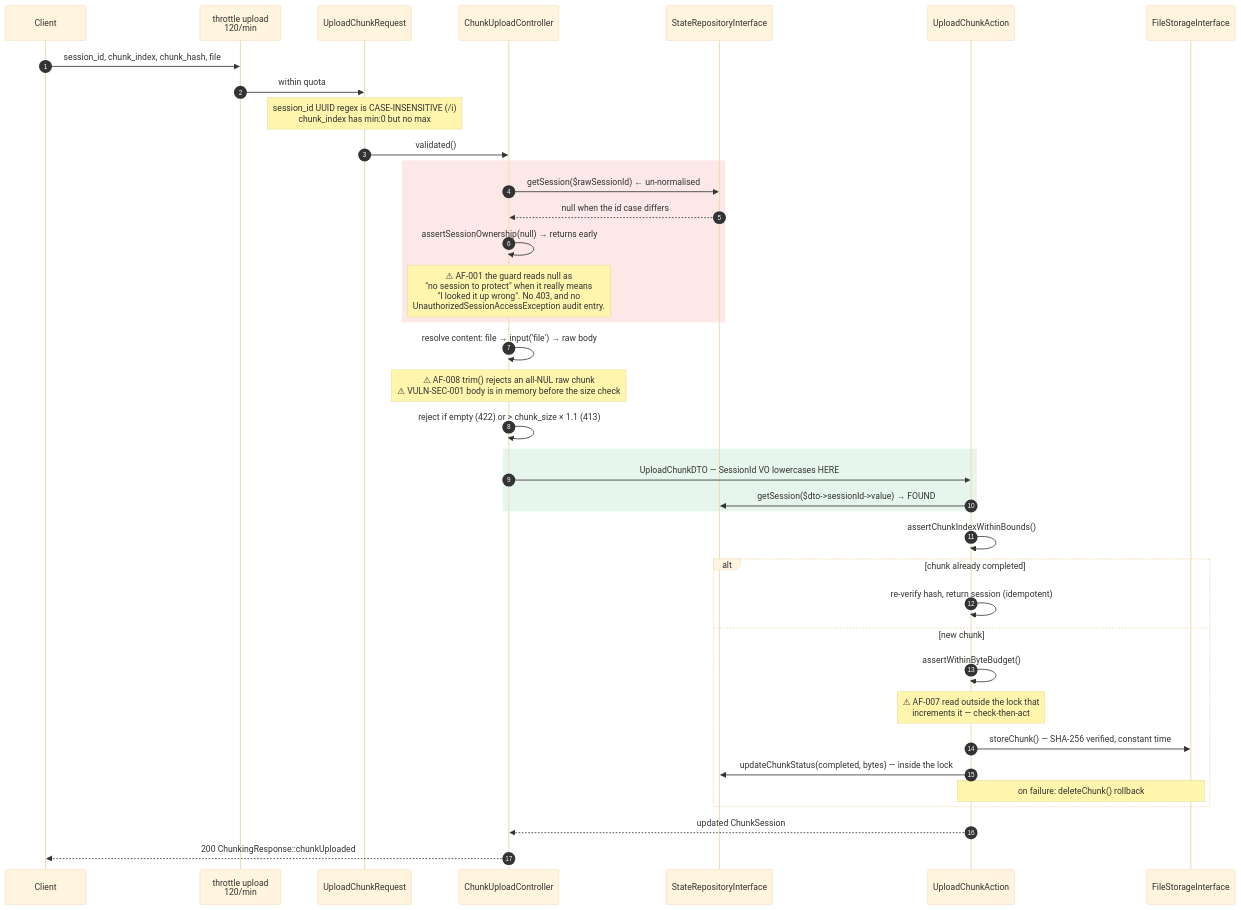
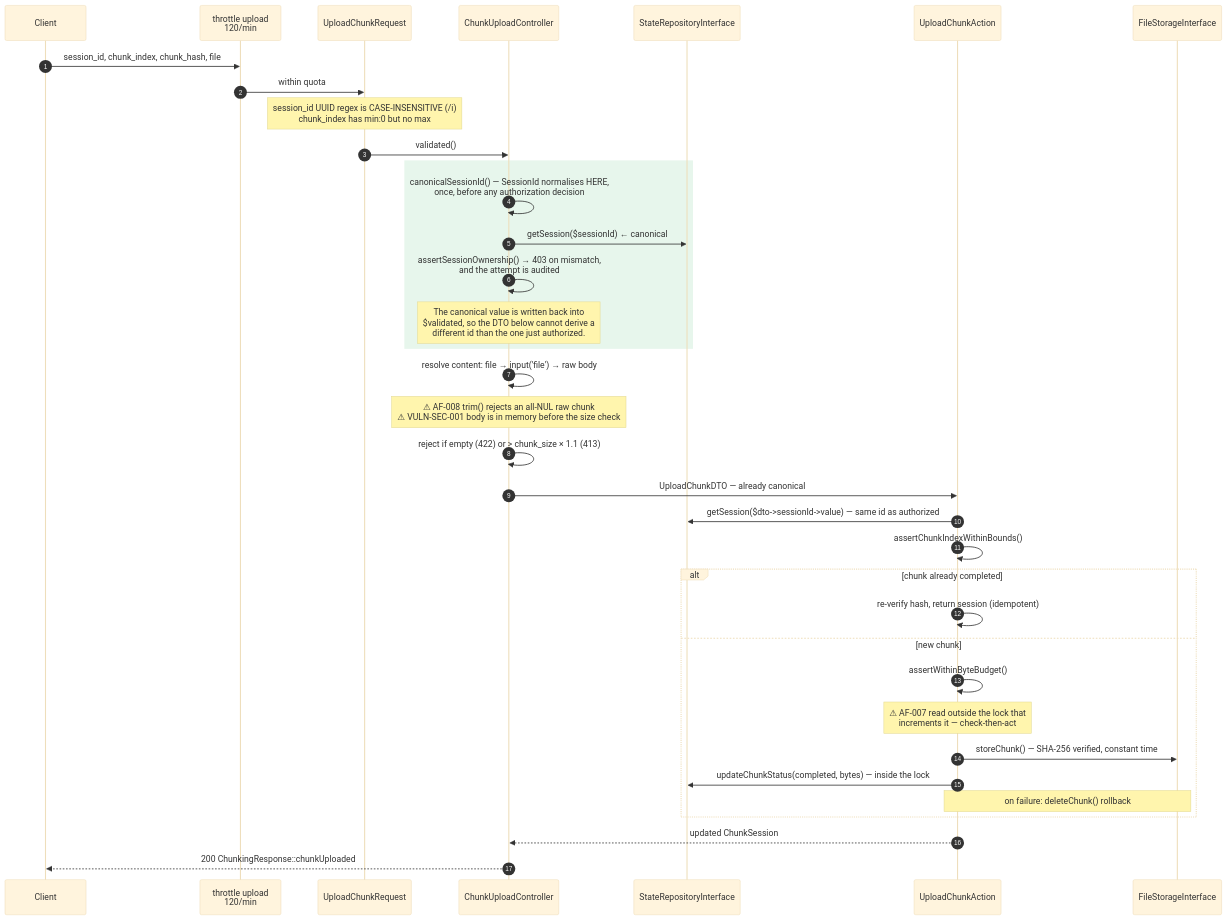
One commit to JuanGuerreroDev/stateful-chunking-package changed the second of 6 diagrams in docs/architecture/request-lifecycle.md. Above: the diagram before and after it, drawn with Mermaid (base theme). The commit also changed other lines of this file and 12 other files, not shown here.

First line of the commit message:
fix: canonicalise the session identifier before authorizing (AF-001)

````diff
--- a/docs/architecture/request-lifecycle.md
+++ b/docs/architecture/request-lifecycle.md
@@ -70,45 +77,43 @@
 ```mermaid
 sequenceDiagram
     autonumber
     participant CL as Client
     participant RL as throttle upload<br/>120/min
     participant FR as UploadChunkRequest
     participant CT as ChunkUploadController
     participant RP as StateRepositoryInterface
     participant AC as UploadChunkAction
     participant ST as FileStorageInterface
 
     CL->>RL: session_id, chunk_index, chunk_hash, file
     RL->>FR: within quota
     Note over FR: session_id UUID regex is CASE-INSENSITIVE (/i)<br/>chunk_index has min:0 but no max
     FR->>CT: validated()
 
-    rect rgb(253, 232, 232)
-        CT->>RP: getSession($rawSessionId) ← un-normalised
-        RP-->>CT: null when the id case differs
-        CT->>CT: assertSessionOwnership(null) → returns early
-        Note over CT: ⚠ AF-001 the guard reads null as<br/>"no session to protect" when it really means<br/>"I looked it up wrong". No 403, and no<br/>UnauthorizedSessionAccessException audit entry.
+    rect rgb(231, 246, 236)
+        CT->>CT: canonicalSessionId() — SessionId normalises HERE,<br/>once, before any authorization decision
+        CT->>RP: getSession($sessionId) ← canonical
+        CT->>CT: assertSessionOwnership() → 403 on mismatch,<br/>and the attempt is audited
+        Note over CT: The canonical value is written back into<br/>$validated, so the DTO below cannot derive a<br/>different id than the one just authorized.
     end
 
     CT->>CT: resolve content: file → input('file') → raw body
     Note over CT: ⚠ AF-008 trim() rejects an all-NUL raw chunk<br/>⚠ VULN-SEC-001 body is in memory before the size check
     CT->>CT: reject if empty (422) or > chunk_size × 1.1 (413)
 
-    rect rgb(231, 246, 236)
-        CT->>AC: UploadChunkDTO — SessionId VO lowercases HERE
-        AC->>RP: getSession($dto->sessionId->value) → FOUND
-    end
+    CT->>AC: UploadChunkDTO — already canonical
+    AC->>RP: getSession($dto->sessionId->value) — same id as authorized
 
     AC->>AC: assertChunkIndexWithinBounds()
     alt chunk already completed
         AC->>AC: re-verify hash, return session (idempotent)
     else new chunk
         AC->>AC: assertWithinByteBudget()
         Note over AC: ⚠ AF-007 read outside the lock that<br/>increments it — check-then-act
         AC->>ST: storeChunk() — SHA-256 verified, constant time
         AC->>RP: updateChunkStatus(completed, bytes) — inside the lock
         Note over AC,ST: on failure: deleteChunk() rollback
     end
     AC-->>CT: updated ChunkSession
     CT-->>CL: 200 ChunkingResponse::chunkUploaded
 ```
````
